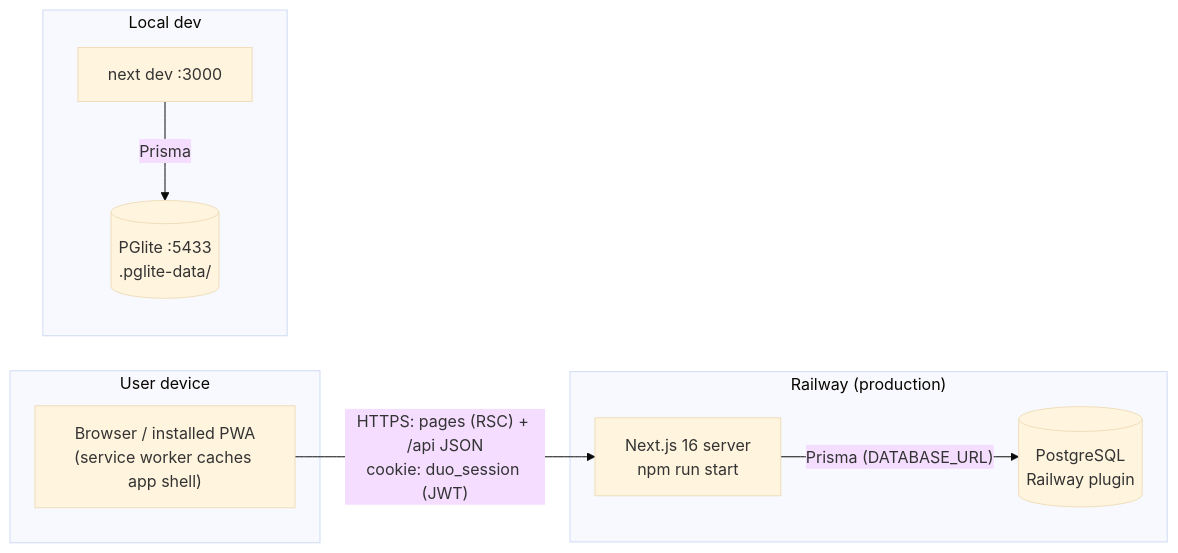
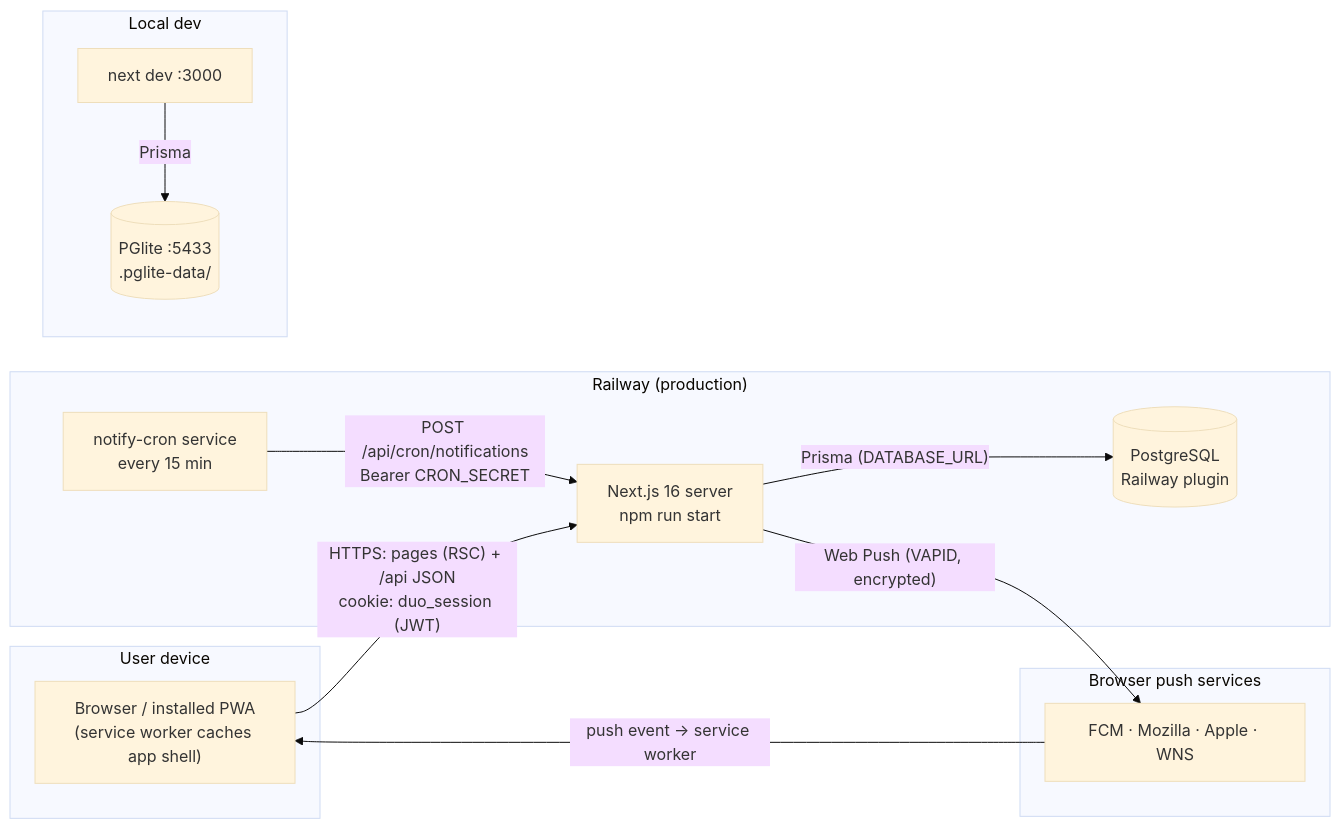
One commit to YanWirdiny/DUO changed the first of 18 diagrams in ARCHITECTURE.md. Above: the diagram before and after it, drawn with Mermaid (base theme). The commit also changed other lines of this file and 51 other files, not shown here.

````diff
--- a/ARCHITECTURE.md
+++ b/ARCHITECTURE.md
@@ -135,20 +156,28 @@
 ```mermaid
 flowchart LR
     subgraph Device["User device"]
         B["Browser / installed PWA<br/>(service worker caches app shell)"]
     end
 
     subgraph Railway["Railway (production)"]
         N["Next.js 16 server<br/>npm run start"]
         P[("PostgreSQL<br/>Railway plugin")]
+        C["notify-cron service<br/>every 15 min"]
+    end
+
+    subgraph Push["Browser push services"]
+        PS["FCM · Mozilla · Apple · WNS"]
     end
 
     subgraph Local["Local dev"]
         ND["next dev :3000"]
         PG[("PGlite :5433<br/>.pglite-data/")]
     end
 
     B -- "HTTPS: pages (RSC) + /api JSON<br/>cookie: duo_session (JWT)" --> N
     N -- "Prisma (DATABASE_URL)" --> P
+    C -- "POST /api/cron/notifications<br/>Bearer CRON_SECRET" --> N
+    N -- "Web Push (VAPID, encrypted)" --> PS
+    PS -- "push event → service worker" --> B
     ND -- Prisma --> PG
 ```
````
